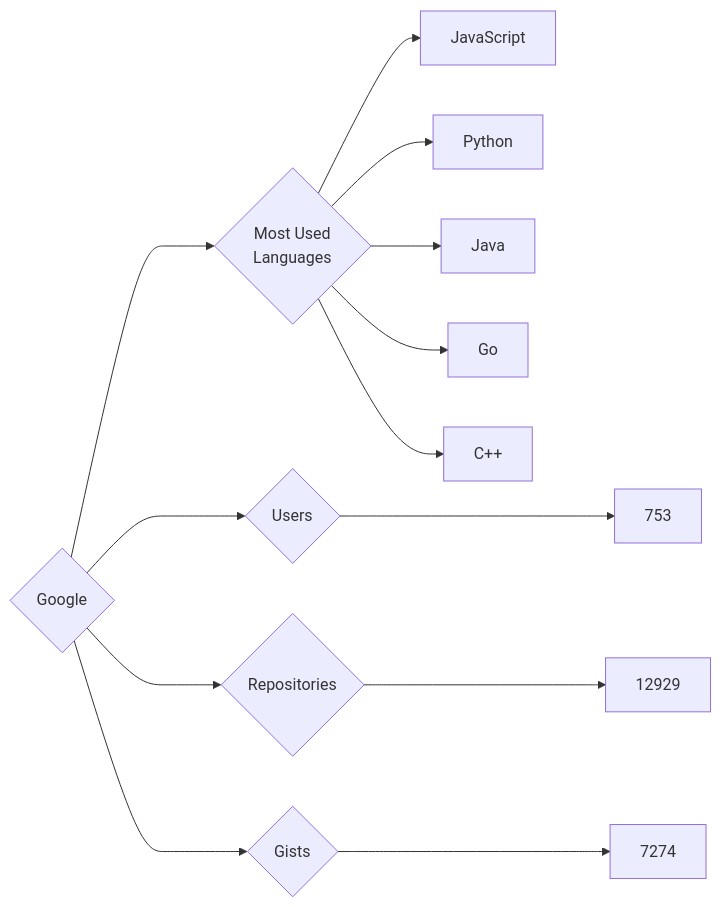
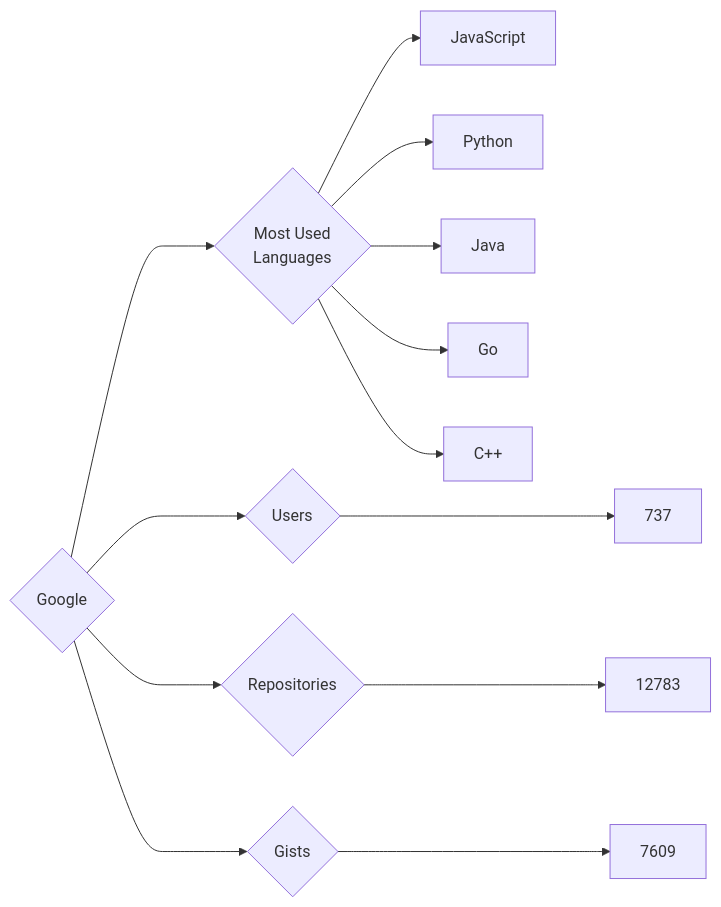
The diagram in targets/Google/README.md (trickest/insiders), drawn with Mermaid before and after one commit. The commit also changed 914 other files, not shown here.

````diff
--- a/targets/Google/README.md
+++ b/targets/Google/README.md
@@ -3,13 +3,13 @@
 ```mermaid
 graph LR
 COMPANY_NAME{Google}
-COMPANY_NAME ---> U{Users} ---> UN[753]
-COMPANY_NAME ---> R{Repositories} ---> RN[12929]
-COMPANY_NAME ---> G{Gists} ---> GN[7274]
+COMPANY_NAME ---> U{Users} ---> UN[737]
+COMPANY_NAME ---> R{Repositories} ---> RN[12783]
+COMPANY_NAME ---> G{Gists} ---> GN[7609]
 COMPANY_NAME ---> ML{Most Used<br>Languages}
 ML --> JavaScript[JavaScript]
 ML --> Python[Python]
 ML --> Java[Java]
 ML --> Go[Go]
 ML --> C++[C++]
 ```
````
